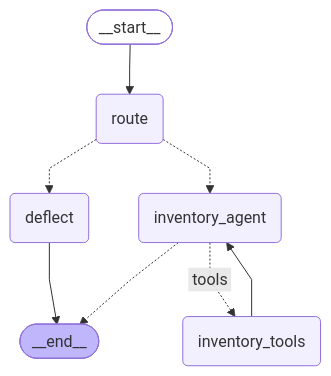
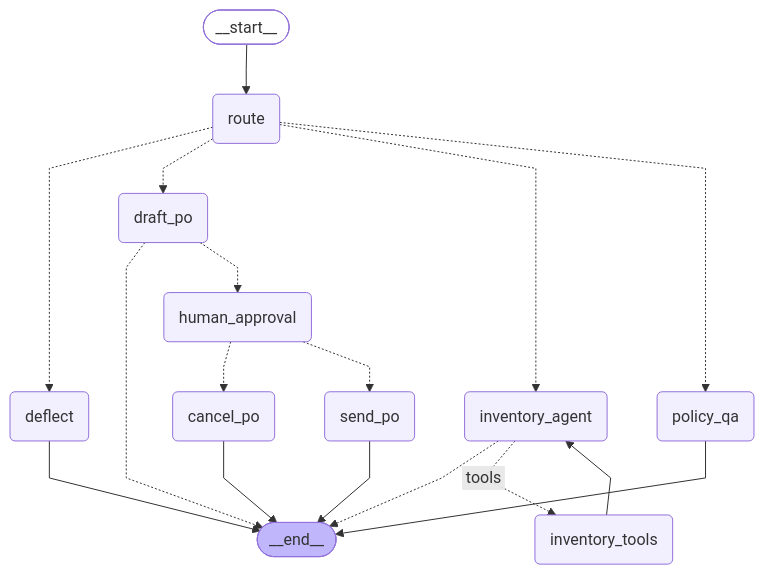
One commit to Ryan-Choe/eighty-six changed the diagram in README.md. Above: the diagram before and after it, drawn with Mermaid. The commit also changed 7 other files, not shown here.

First line of the commit message:
Add the reorder path with human approval

````diff
--- a/README.md
+++ b/README.md
@@ -25,24 +25,38 @@
 ```mermaid
 ---
 config:
   flowchart:
     curve: linear
 ---
 graph TD;
 	__start__([<p>__start__</p>]):::first
 	route(route)
 	inventory_agent(inventory_agent)
 	inventory_tools(inventory_tools)
+	policy_qa(policy_qa)
+	draft_po(draft_po)
+	human_approval(human_approval)
+	send_po(send_po)
+	cancel_po(cancel_po)
 	deflect(deflect)
 	__end__([<p>__end__</p>]):::last
 	__start__ --> route;
+	draft_po -.-> __end__;
+	draft_po -.-> human_approval;
+	human_approval -.-> cancel_po;
+	human_approval -.-> send_po;
 	inventory_agent -.-> __end__;
 	inventory_agent -. &nbsp;tools&nbsp; .-> inventory_tools;
 	inventory_tools --> inventory_agent;
 	route -.-> deflect;
+	route -.-> draft_po;
 	route -.-> inventory_agent;
+	route -.-> policy_qa;
+	cancel_po --> __end__;
 	deflect --> __end__;
+	policy_qa --> __end__;
+	send_po --> __end__;
 	classDef default fill:#f2f0ff,line-height:1.2
 	classDef first fill-opacity:0
 	classDef last fill:#bfb6fc
 ```
````
